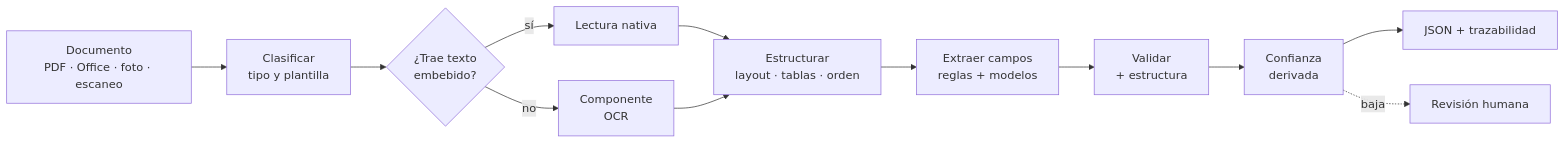
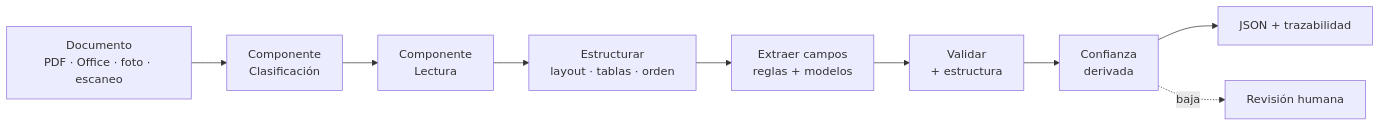
The third of 6 diagrams in README.md (mariogarcia-ar/docflow), drawn with Mermaid before and after one commit. The commit also changed other lines of this file, not shown here.

Commit message:
Refactor README.md to enhance the classification component with detailed explanations and flow diagrams

````diff
--- a/README.md
+++ b/README.md
@@ -70,14 +149,11 @@
 ```mermaid
 graph LR
-    A["Documento<br/>PDF · Office · foto · escaneo"] --> B["Clasificar<br/>tipo y plantilla"]
-    B --> C{"¿Trae texto<br/>embebido?"}
-    C -->|sí| D["Lectura nativa"]
-    C -->|no| E["Componente<br/>OCR"]
-    D --> F["Estructurar<br/>layout · tablas · orden"]
-    E --> F
-    F --> G["Extraer campos<br/>reglas + modelos"]
-    G --> H["Validar<br/>+ estructura"]
-    H --> I["Confianza<br/>derivada"]
-    I --> J["JSON + trazabilidad"]
-    I -.baja.-> K["Revisión humana"]
+    A["Documento<br/>PDF · Office · foto · escaneo"] --> B["Componente<br/>Clasificación"]
+    B --> C["Componente<br/>Lectura"]
+    C --> D["Estructurar<br/>layout · tablas · orden"]
+    D --> E["Extraer campos<br/>reglas + modelos"]
+    E --> F["Validar<br/>+ estructura"]
+    F --> G["Confianza<br/>derivada"]
+    G --> H["JSON + trazabilidad"]
+    G -.baja.-> I["Revisión humana"]
 ```
````
